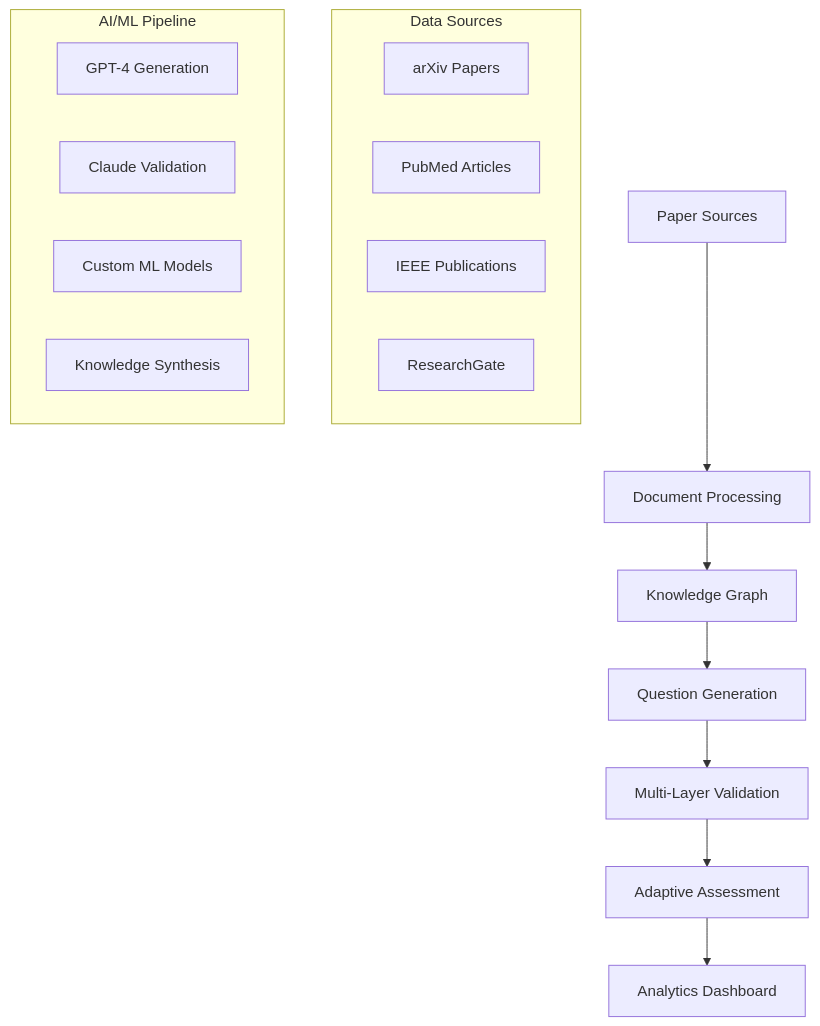
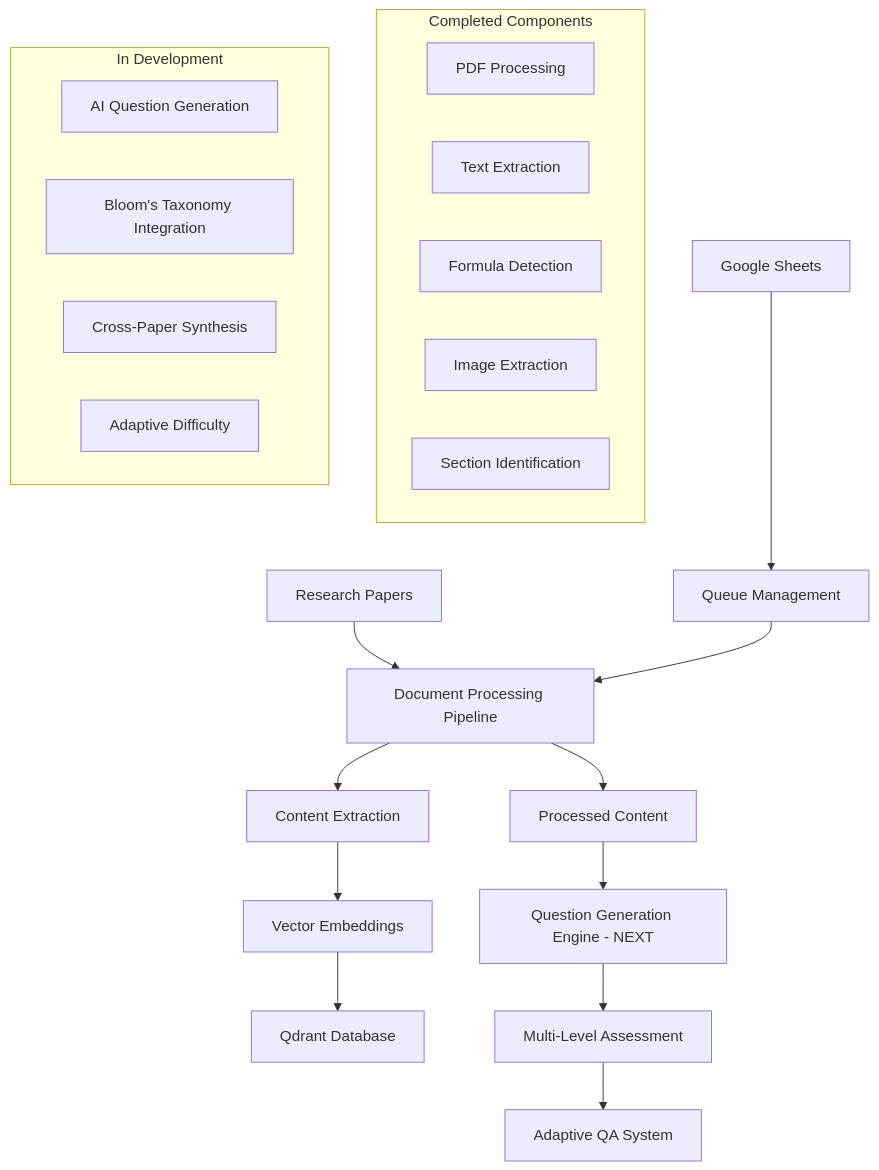
Before and after one commit to gungunpandey/Academic-Research-Paper-QA-Generator: the diagram in README.md, drawn with Mermaid. The commit also changed other lines of this file and 8 other files, not shown here.

Commit message:
Initial commit: Document processing pipeline complete with vector database integration

````diff
--- a/README.md
+++ b/README.md
@@ -18,23 +93,28 @@
 ```mermaid
 graph TB
-    A[Paper Sources] --> B[Document Processing]
-    B --> C[Knowledge Graph]
-    C --> D[Question Generation]
-    D --> E[Multi-Layer Validation]
-    E --> F[Adaptive Assessment]
-    F --> G[Analytics Dashboard]
+    A[Research Papers] --> B[Document Processing Pipeline]
+    B --> C[Content Extraction]
+    C --> D[Vector Embeddings]
+    D --> E[Qdrant Database]
+    F[Google Sheets] --> G[Queue Management]
+    G --> B
+    B --> H[Processed Content]
+    H --> I[Question Generation Engine - NEXT]
+    I --> J[Multi-Level Assessment]
+    J --> K[Adaptive QA System]
     
-    subgraph "Data Sources"
-        A1[arXiv Papers]
-        A2[PubMed Articles] 
-        A3[IEEE Publications]
-        A4[ResearchGate]
+    subgraph "Completed Components"
+        B1[PDF Processing]
+        B2[Text Extraction]
+        B3[Formula Detection]
+        B4[Image Extraction]
+        B5[Section Identification]
     end
     
-    subgraph "AI/ML Pipeline"
-        D1[GPT-4 Generation]
-        D2[Claude Validation]
-        D3[Custom ML Models]
-        D4[Knowledge Synthesis]
+    subgraph "In Development"
+        I1[AI Question Generation]
+        I2[Bloom's Taxonomy Integration]
+        I3[Cross-Paper Synthesis]
+        I4[Adaptive Difficulty]
     end
 ```
````
